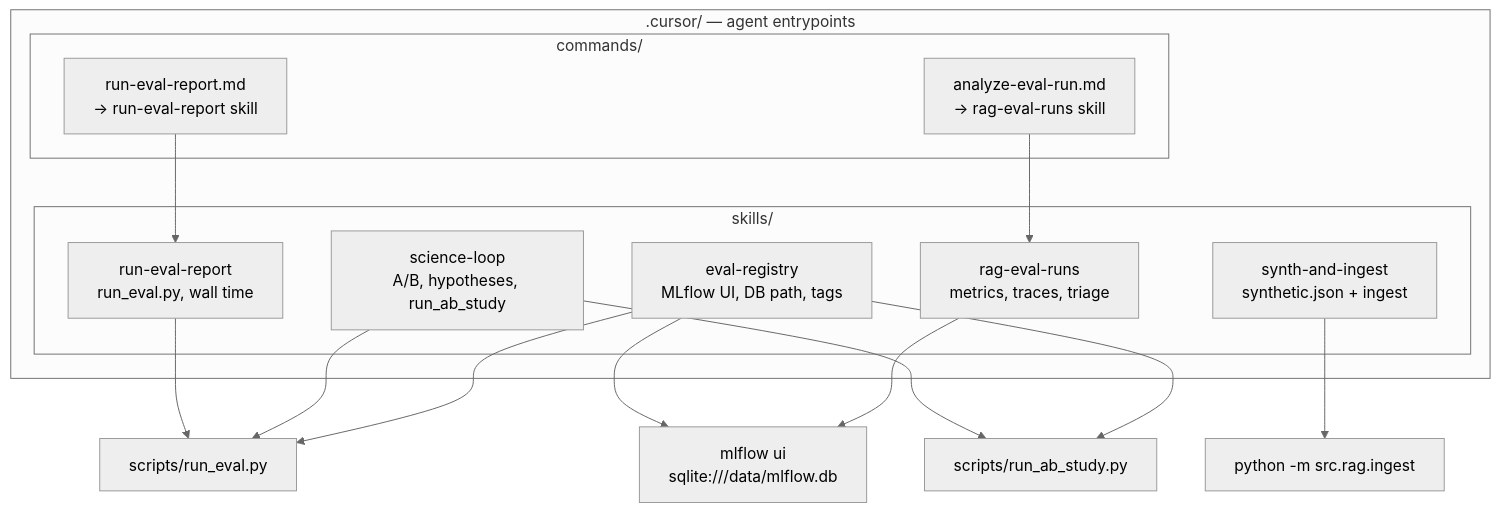
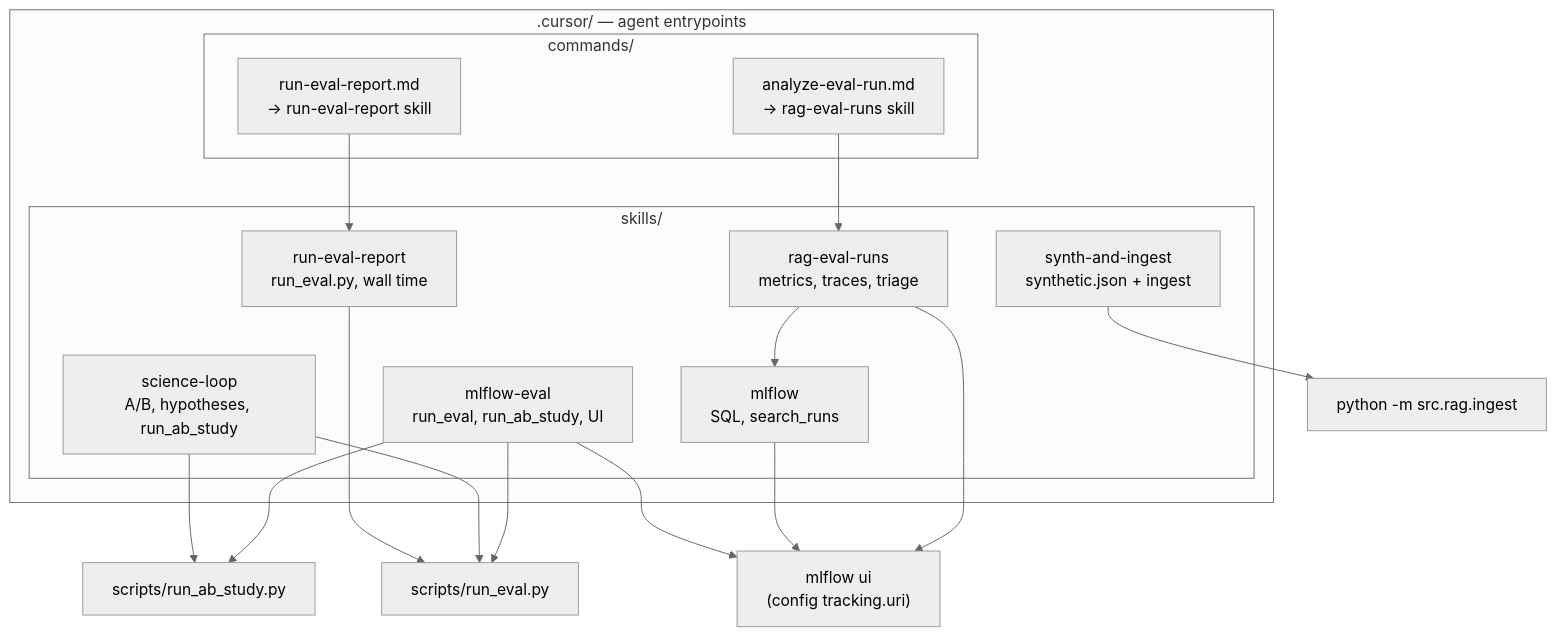
Before and after one commit to BenStringer3/rag-eval-system: the first of 5 diagrams in docs/ARCHITECTURE-2026-03-25T103050Z.md, drawn with Mermaid (neutral theme). The commit also changed other lines of this file and 13 other files, not shown here.

First line of the commit message:
docs(cursor): MLflow skills split, mlflow-eval rename, analyze-eval-run router

````diff
--- a/docs/ARCHITECTURE-2026-03-25T103050Z.md
+++ b/docs/ARCHITECTURE-2026-03-25T103050Z.md
@@ -9,27 +9,30 @@
 ```mermaid
 flowchart TB
     subgraph AgentDocs[".cursor/ — agent entrypoints"]
         subgraph Skills["skills/"]
-            ER["eval-registry\nMLflow UI, DB path, tags"]
+            ME["mlflow-eval\nrun_eval, run_ab_study, UI"]
+            MF["mlflow\nSQL, search_runs"]
             RER["run-eval-report\nrun_eval.py, wall time"]
             RR["rag-eval-runs\nmetrics, traces, triage"]
             SL["science-loop\nA/B, hypotheses, run_ab_study"]
             SA["synth-and-ingest\nsynthetic.json + ingest"]
         end
         subgraph Cmds["commands/"]
             CRun["run-eval-report.md\n→ run-eval-report skill"]
             CAn["analyze-eval-run.md\n→ rag-eval-runs skill"]
         end
     end
 
     CRun --> RER
     CAn --> RR
     RER --> RunEval["scripts/run_eval.py"]
     SL --> RunEval
     SL --> RunAB["scripts/run_ab_study.py"]
-    ER --> RunEval
-    ER --> RunAB
-    ER --> MFUI["mlflow ui\nsqlite:///data/mlflow.db"]
+    ME --> RunEval
+    ME --> RunAB
+    ME --> MFUI["mlflow ui\n(config tracking.uri)"]
+    MF --> MFUI
     RR --> MFUI
+    RR --> MF
     SA --> Ingest["python -m src.rag.ingest"]
 ```
````
